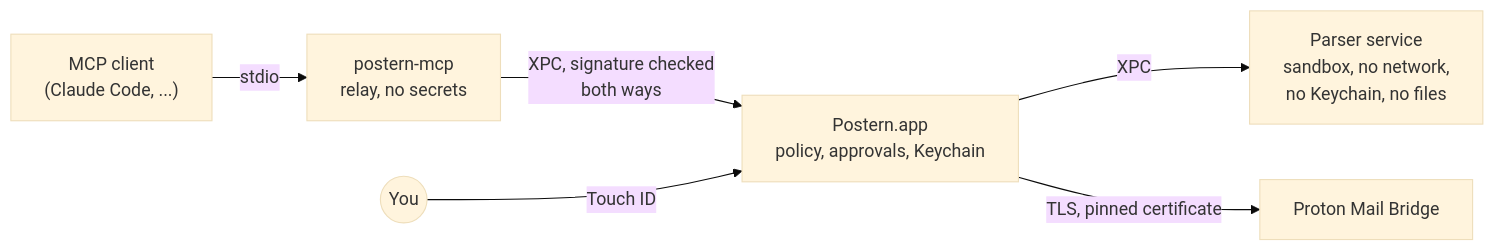
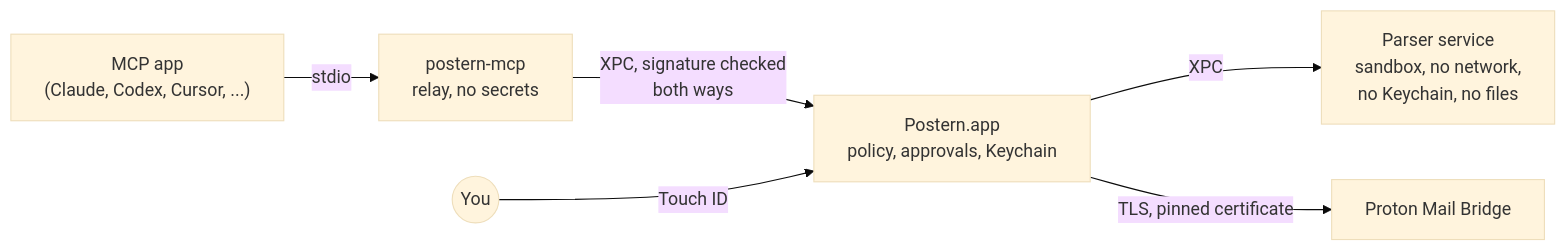
Before and after one commit to ruben4reall/postern: the diagram in README.md, drawn with Mermaid (base theme). The commit also changed other lines of this file and 20 other files, not shown here.

````diff
--- a/README.md
+++ b/README.md
@@ -163,8 +325,8 @@
 ```mermaid
 flowchart LR
-    client["MCP client<br>(Claude Code, ...)"] -- "stdio" --> relay["postern-mcp<br>relay, no secrets"]
+    client["MCP app<br>(Claude, Codex, Cursor, ...)"] -- "stdio" --> relay["postern-mcp<br>relay, no secrets"]
     relay -- "XPC, signature checked<br>both ways" --> core["Postern.app<br>policy, approvals, Keychain"]
     core -- "XPC" --> parser["Parser service<br>sandbox, no network,<br>no Keychain, no files"]
     core -- "TLS, pinned certificate" --> bridge["Proton Mail Bridge"]
     you(("You")) -- "Touch ID" --> core
 ```
````
